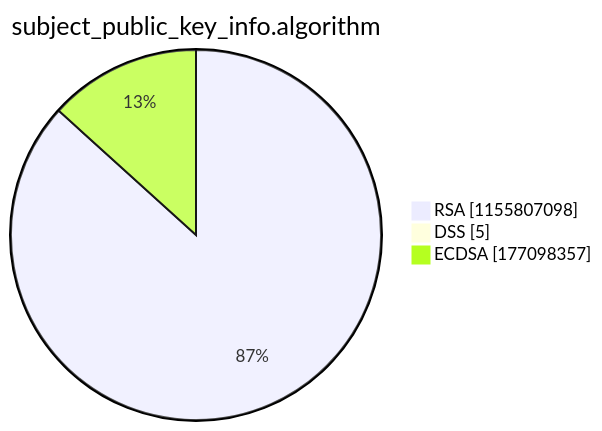
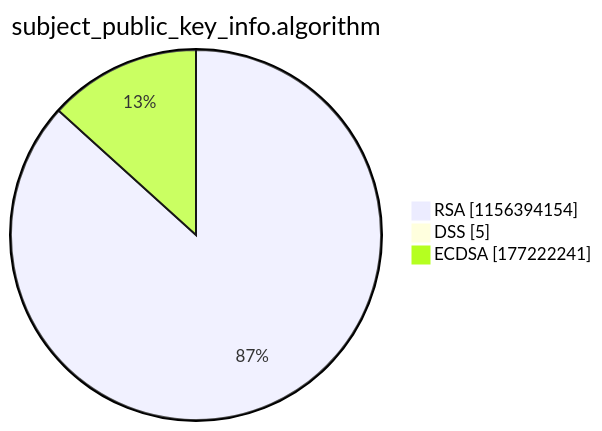
One commit to christiankrug/ctmonitor_visualization changed the third of 15 diagrams in argon2022/README.md. Above: the diagram before and after it, drawn with Mermaid. The commit also changed other lines of this file, not shown here.

````diff
--- a/argon2022/README.md
+++ b/argon2022/README.md
@@ -14,7 +14,7 @@
 ```mermaid
 pie showData
 title subject_public_key_info.algorithm
-"RSA" :1155807098
+"RSA" :1156394154
 "DSS" :5
-"ECDSA" :177098357
+"ECDSA" :177222241
 ```
````
